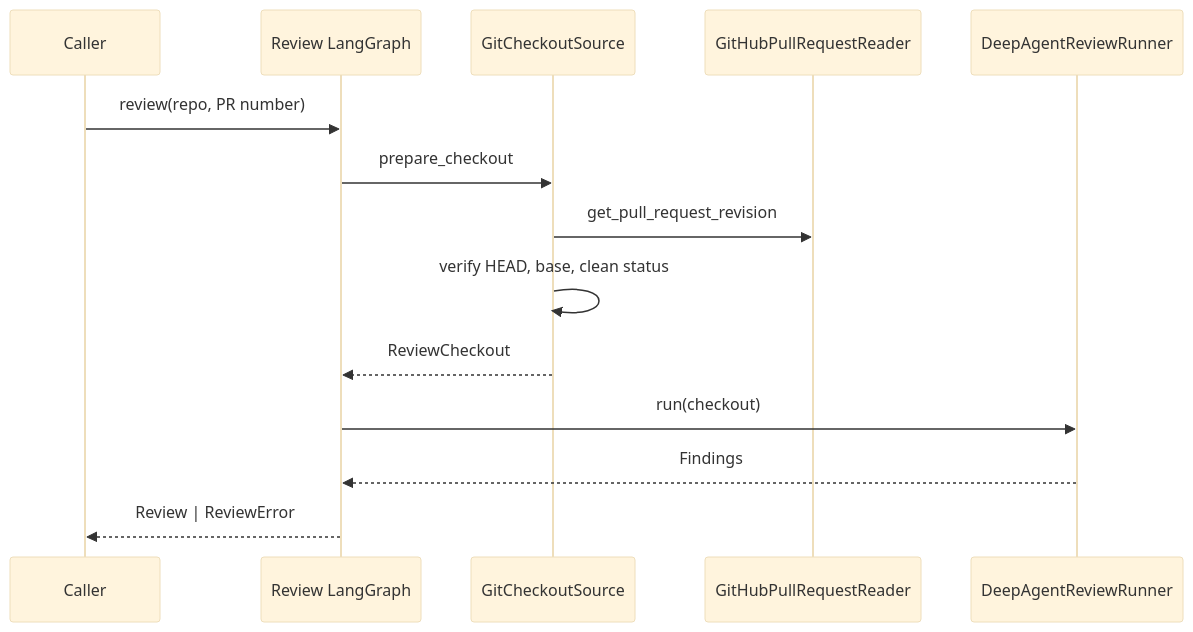
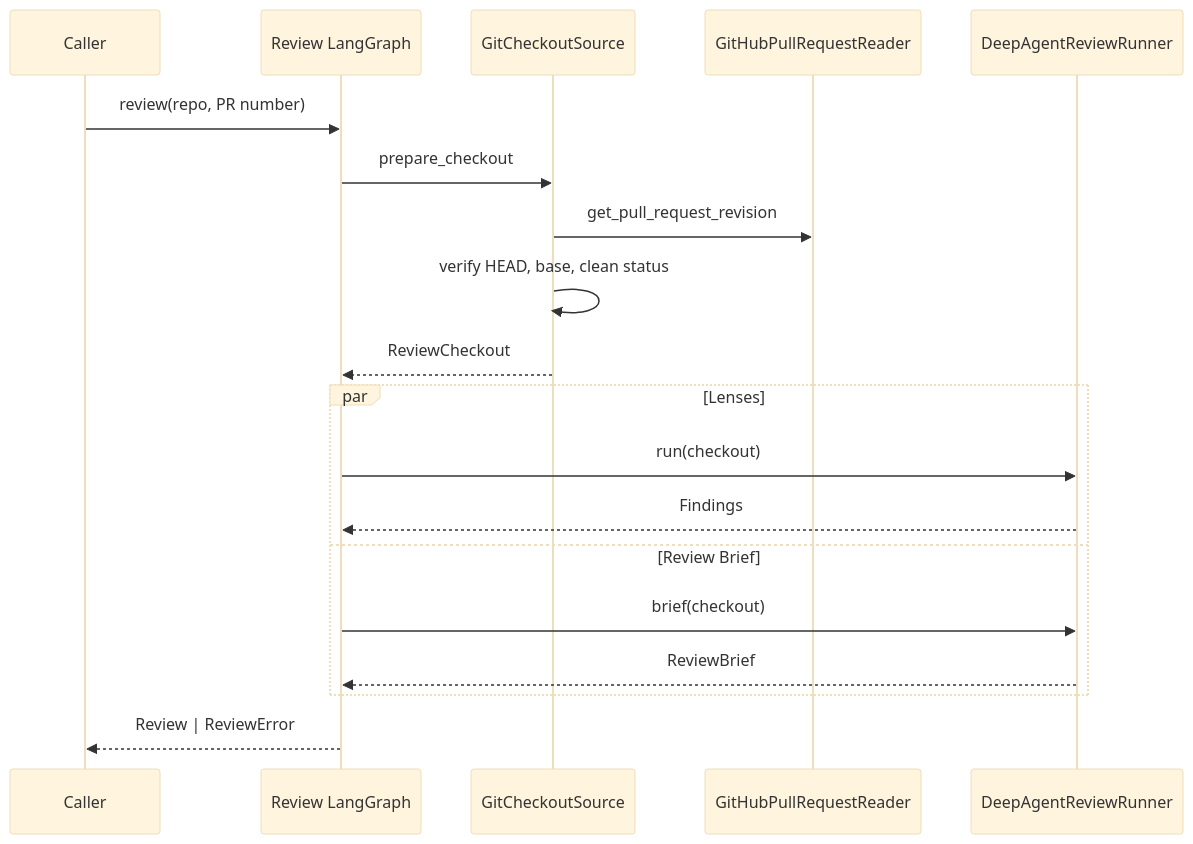
The third of 4 diagrams in ARCHITECTURE.md (taipingeric/review_sheep), drawn with Mermaid (base theme) before and after one commit. The commit also changed other lines of this file and 2 other files, not shown here.

First line of the commit message:
docs: document the Review Brief

````diff
--- a/ARCHITECTURE.md
+++ b/ARCHITECTURE.md
@@ -237,17 +268,22 @@
 ```mermaid
 sequenceDiagram
     participant Caller
     participant Graph as Review LangGraph
     participant Source as GitCheckoutSource
     participant GitHub as GitHubPullRequestReader
     participant Runner as DeepAgentReviewRunner
 
     Caller->>Graph: review(repo, PR number)
     Graph->>Source: prepare_checkout
     Source->>GitHub: get_pull_request_revision
     Source->>Source: verify HEAD, base, clean status
     Source-->>Graph: ReviewCheckout
-    Graph->>Runner: run(checkout)
-    Runner-->>Graph: Findings
+    par Lenses
+        Graph->>Runner: run(checkout)
+        Runner-->>Graph: Findings
+    and Review Brief
+        Graph->>Runner: brief(checkout)
+        Runner-->>Graph: ReviewBrief
+    end
     Graph-->>Caller: Review | ReviewError
 ```
````
